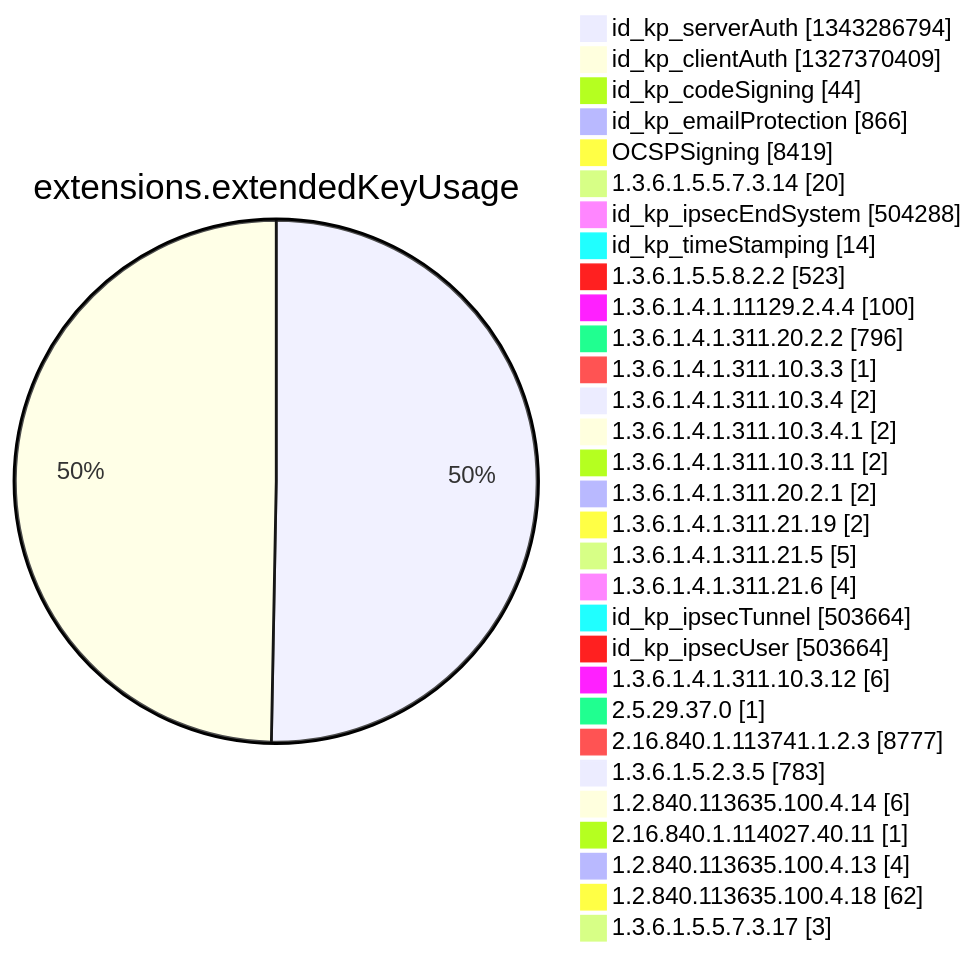
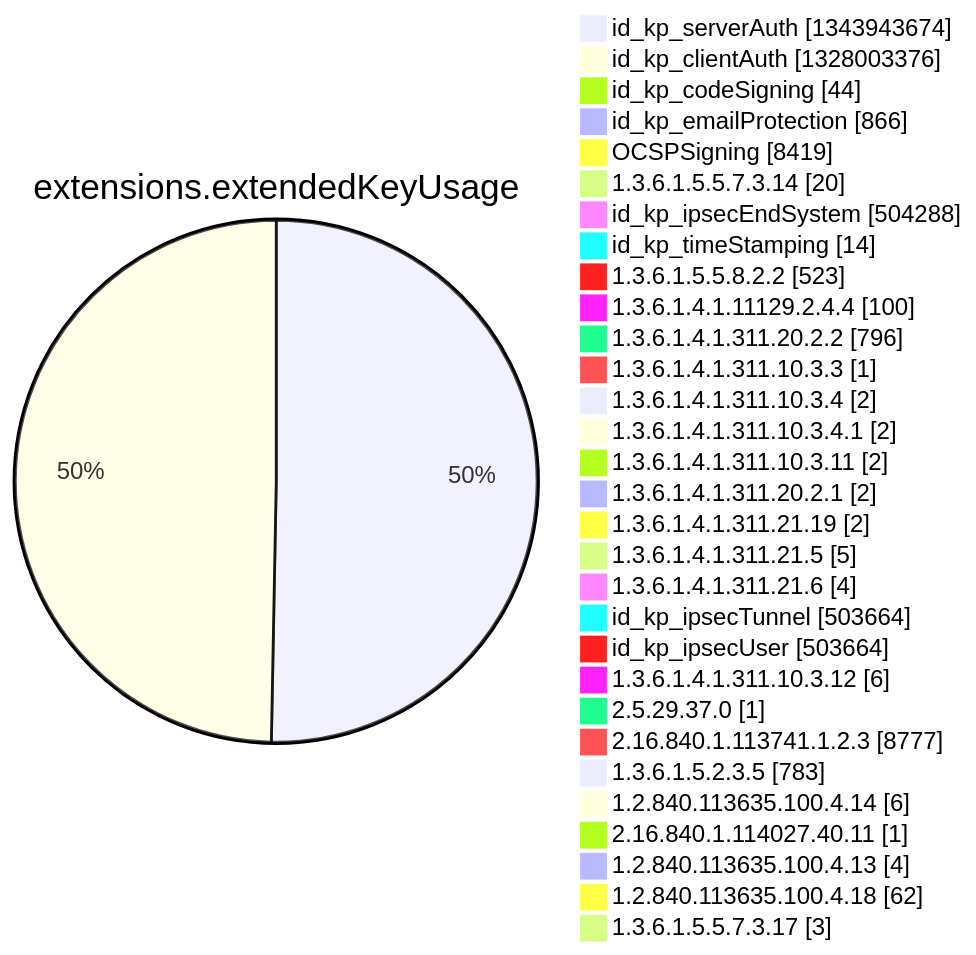
Before and after one commit to christiankrug/ctmonitor_visualization: diagram 12 of 15 in argon2022/README.md, drawn with Mermaid. The commit also changed other lines of this file, not shown here.

````diff
--- a/argon2022/README.md
+++ b/argon2022/README.md
@@ -3553,34 +3553,34 @@
 ```mermaid
 pie showData
 title extensions.extendedKeyUsage
-"id_kp_serverAuth" :1343286794
-"id_kp_clientAuth" :1327370409
+"id_kp_serverAuth" :1343943674
+"id_kp_clientAuth" :1328003376
 "id_kp_codeSigning" :44
 "id_kp_emailProtection" :866
 "OCSPSigning" :8419
 "1.3.6.1.5.5.7.3.14" :20
 "id_kp_ipsecEndSystem" :504288
 "id_kp_timeStamping" :14
 "1.3.6.1.5.5.8.2.2" :523
 "1.3.6.1.4.1.11129.2.4.4" :100
 "1.3.6.1.4.1.311.20.2.2" :796
 "1.3.6.1.4.1.311.10.3.3" :1
 "1.3.6.1.4.1.311.10.3.4" :2
 "1.3.6.1.4.1.311.10.3.4.1" :2
 "1.3.6.1.4.1.311.10.3.11" :2
 "1.3.6.1.4.1.311.20.2.1" :2
 "1.3.6.1.4.1.311.21.19" :2
 "1.3.6.1.4.1.311.21.5" :5
 "1.3.6.1.4.1.311.21.6" :4
 "id_kp_ipsecTunnel" :503664
 "id_kp_ipsecUser" :503664
 "1.3.6.1.4.1.311.10.3.12" :6
 "2.5.29.37.0" :1
 "2.16.840.1.113741.1.2.3" :8777
 "1.3.6.1.5.2.3.5" :783
 "1.2.840.113635.100.4.14" :6
 "2.16.840.1.114027.40.11" :1
 "1.2.840.113635.100.4.13" :4
 "1.2.840.113635.100.4.18" :62
 "1.3.6.1.5.5.7.3.17" :3
 ```
````
